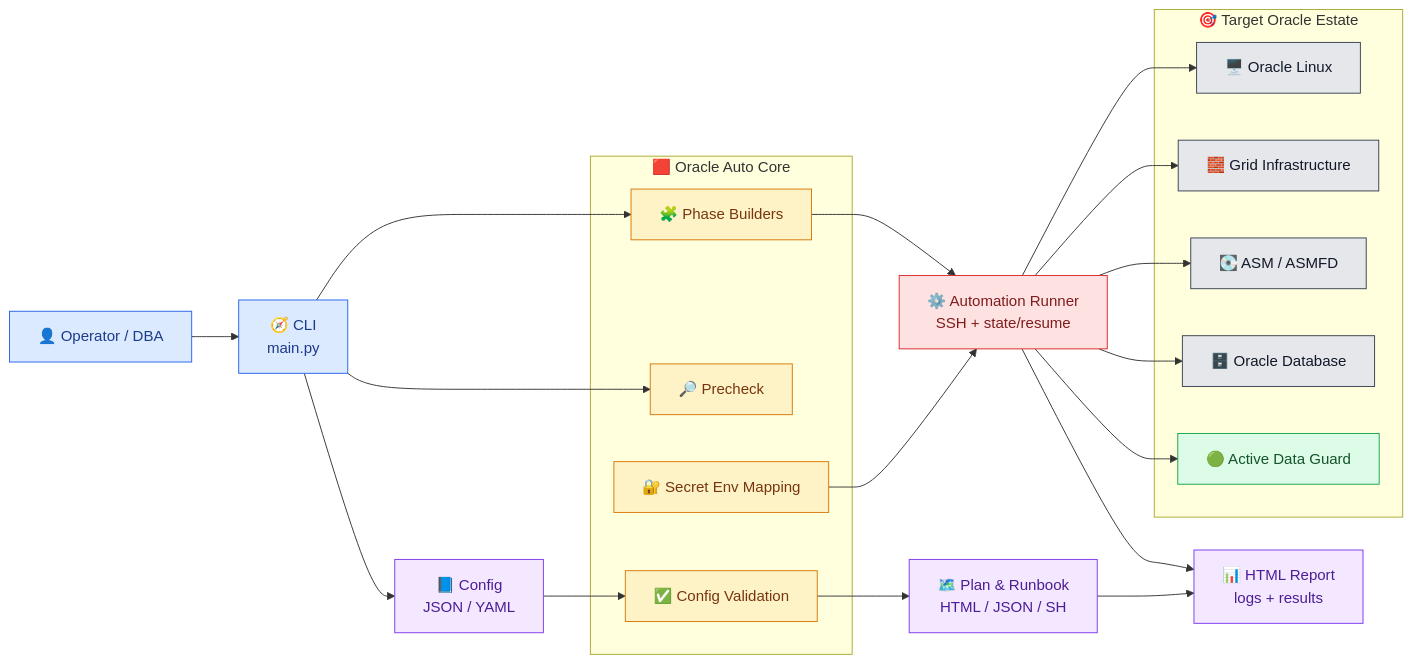
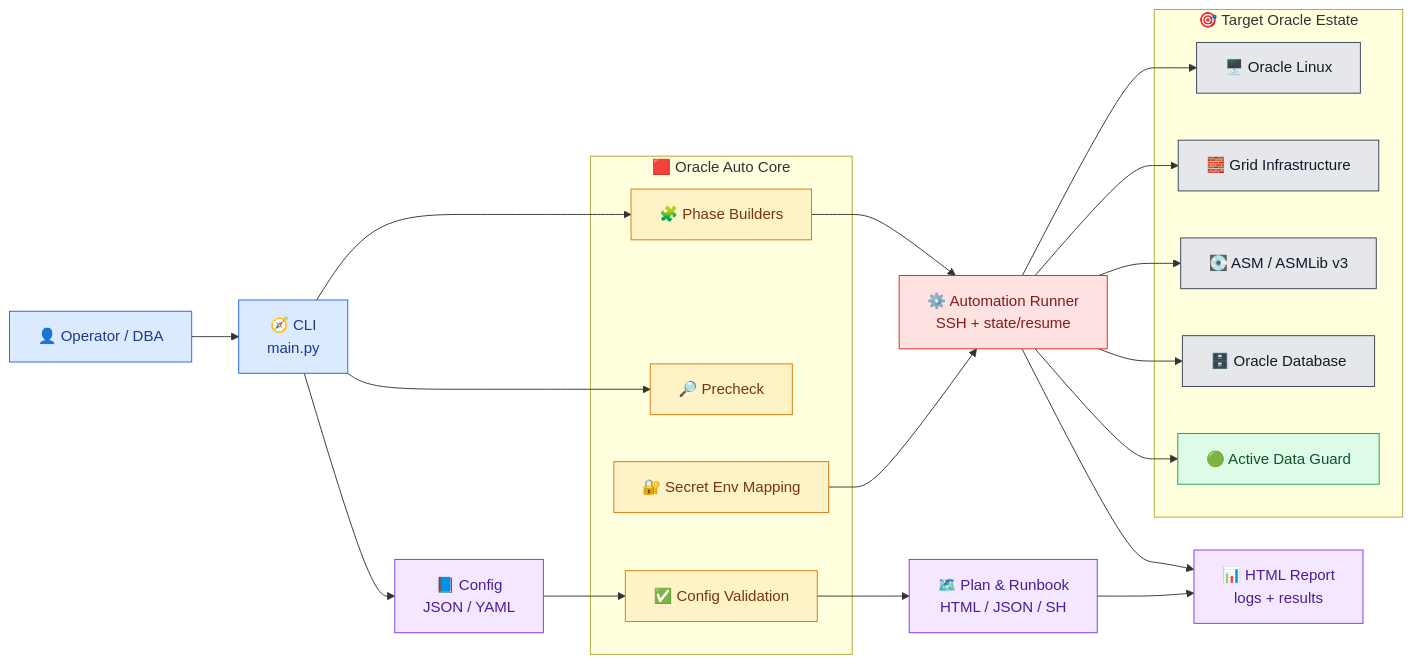
The diagram in README.md (bozpain/oracle-install-replication-framework), drawn with Mermaid before and after one commit. The commit also changed other lines of this file and 16 other files, not shown here.

````diff
--- a/README.md
+++ b/README.md
@@ -40,54 +40,54 @@
 ```mermaid
 flowchart LR
     operator["👤 Operator / DBA"]
     cli["🧭 CLI<br/>main.py"]
     config["📘 Config<br/>JSON / YAML"]
     plan["🗺️ Plan & Runbook<br/>HTML / JSON / SH"]
     runner["⚙️ Automation Runner<br/>SSH + state/resume"]
     report["📊 HTML Report<br/>logs + results"]
 
     subgraph framework["🟥 Oracle Auto Core"]
         validate["✅ Config Validation"]
         precheck["🔎 Precheck"]
         phases["🧩 Phase Builders"]
         secrets["🔐 Secret Env Mapping"]
     end
 
     subgraph targets["🎯 Target Oracle Estate"]
         os["🖥️ Oracle Linux"]
         gi["🧱 Grid Infrastructure"]
-        asm["💽 ASM / ASMFD"]
+        asm["💽 ASM / ASMLib v3"]
         db["🗄️ Oracle Database"]
         dg["🟢 Active Data Guard"]
     end
 
     operator --> cli
     cli --> config
     config --> validate
     validate --> plan
     cli --> precheck
     cli --> phases
     phases --> runner
     secrets --> runner
     runner --> os
     runner --> gi
     runner --> asm
     runner --> db
     runner --> dg
     runner --> report
     plan --> report
 
     classDef red fill:#FEE2E2,stroke:#DC2626,color:#7F1D1D
     classDef amber fill:#FEF3C7,stroke:#D97706,color:#78350F
     classDef green fill:#DCFCE7,stroke:#16A34A,color:#14532D
     classDef blue fill:#DBEAFE,stroke:#2563EB,color:#1E3A8A
     classDef purple fill:#F3E8FF,stroke:#7C3AED,color:#4C1D95
     classDef dark fill:#E5E7EB,stroke:#374151,color:#111827
 
     class operator,cli blue
     class config,plan,report purple
     class validate,precheck,phases,secrets amber
     class os,gi,asm,db dark
     class dg green
     class runner red
 ```
````
